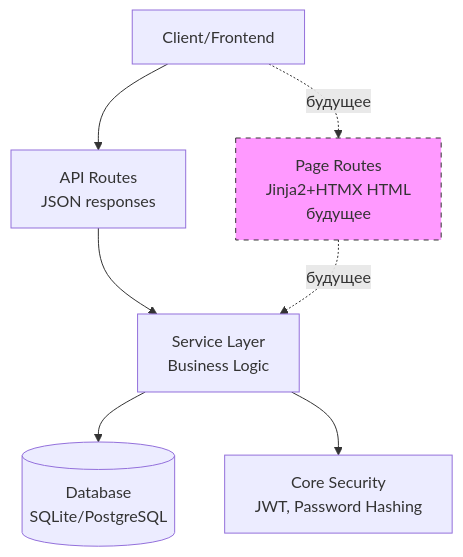
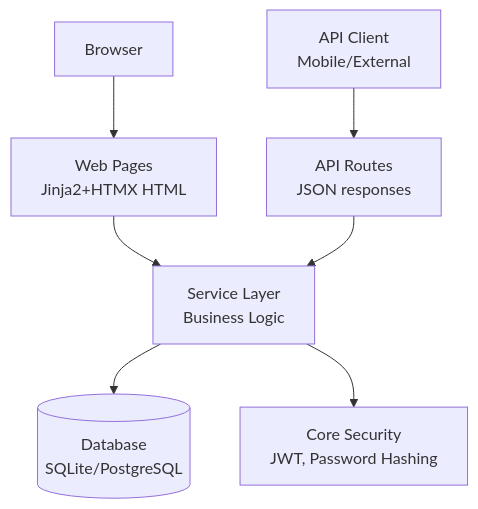
The diagram in docs/ARCHITECTURE.md (oraikhert/spendy), drawn with Mermaid before and after one commit. The commit also changed other lines of this file and 11 other files, not shown here.

First line of the commit message:
Add web interface with Jinja2, HTMX, Tailwind CSS and DaisyUI

````diff
--- a/docs/ARCHITECTURE.md
+++ b/docs/ARCHITECTURE.md
@@ -205,18 +219,17 @@
 ```mermaid
 graph TD
-    Client[Client/Frontend]
+    Browser[Browser]
+    APIClient[API Client<br/>Mobile/External]
+    WebPages[Web Pages<br/>Jinja2+HTMX HTML]
     API[API Routes<br/>JSON responses]
-    Pages[Page Routes<br/>Jinja2+HTMX HTML<br/>будущее]
     Services[Service Layer<br/>Business Logic]
     DB[(Database<br/>SQLite/PostgreSQL)]
     Security[Core Security<br/>JWT, Password Hashing]
     
-    Client --> API
-    Client -.->|будущее| Pages
+    Browser --> WebPages
+    APIClient --> API
+    WebPages --> Services
     API --> Services
-    Pages -.->|будущее| Services
     Services --> DB
     Services --> Security
-    
-    style Pages fill:#f9f,stroke:#333,stroke-dasharray: 5 5
 ```
````
